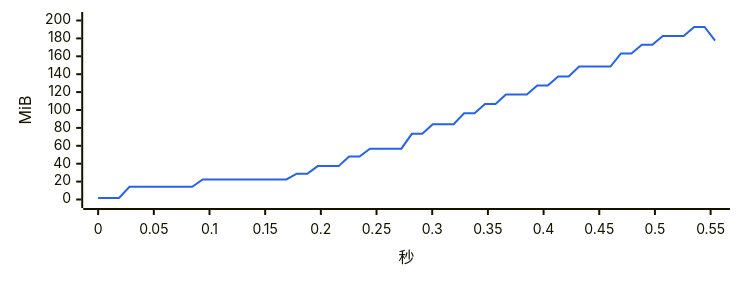
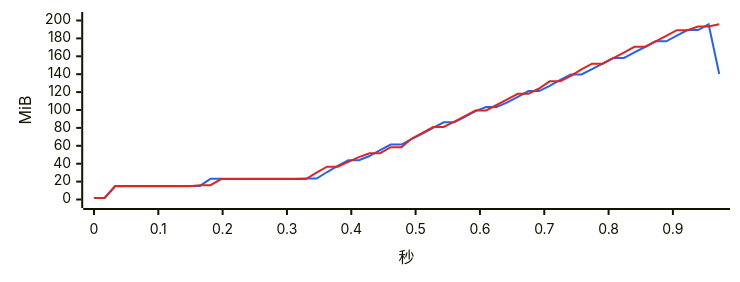
Diagram 13 of 17 in bench/v4.0.0/summary.md (334456777/WeFlow), drawn with Mermaid before and after one commit. The commit also changed other lines of this file and 3 other files, not shown here.

````diff
--- a/bench/v4.0.0/summary.md
+++ b/bench/v4.0.0/summary.md
@@ -409,7 +419,8 @@
 ```mermaid
-%%{init: {"xyChart": {"width": 720, "height": 260}, "themeVariables": {"xyChart": {"plotColorPalette": "#2563eb"}}}}%%
+%%{init: {"xyChart": {"width": 720, "height": 260}, "themeVariables": {"xyChart": {"plotColorPalette": "#2563eb, #dc2626"}}}}%%
 xychart-beta
-    x-axis "秒" 0 --> 0.554
+    x-axis "秒" 0 --> 0.972
     y-axis "MiB" 0 --> 200
-    line [1.8, 1.8, 1.8, 14.3, 14.3, 14.3, 14.3, 14.3, 14.3, 14.3, 22.4, 22.4, 22.4, 22.4, 22.4, 22.4, 22.4, 22.4, 22.4, 28.8, 28.8, 37.3, 37.3, 37.3, 48.1, 48.1, 56.8, 56.8, 56.8, 56.8, 73.4, 73.4, 84.2, 84.2, 84.2, 96.3, 96.3, 106.8, 106.8, 117.4, 117.4, 117.4, 127.3, 127.3, 137.4, 137.4, 148.5, 148.5, 148.5, 148.5, 163.2, 163.2, 172.8, 172.8, 182.6, 182.6, 182.6, 192.8, 192.8, 177.6]
+    line [1.8, 1.8, 15.2, 15.2, 15.2, 15.2, 15.2, 15.2, 15.2, 15.2, 15.2, 23.3, 23.3, 23.3, 23.3, 23.3, 23.3, 23.3, 23.3, 23.3, 23.4, 23.4, 30.7, 37.5, 43.8, 43.8, 48.6, 55.3, 61.4, 61.4, 67.7, 73.6, 79.9, 86.2, 86.2, 92.4, 98.8, 103.3, 103.3, 108.6, 114.7, 121.1, 121.1, 127.0, 133.7, 139.7, 139.7, 145.7, 151.8, 158.2, 158.2, 164.3, 170.4, 176.8, 176.8, 183.1, 189.3, 189.3, 195.7, 140.3]
+    line [1.8, 1.8, 14.7, 14.7, 14.7, 14.7, 14.7, 14.7, 14.7, 14.7, 16.0, 16.0, 22.8, 22.8, 22.8, 22.8, 22.8, 22.8, 22.8, 22.8, 22.8, 30.1, 36.6, 36.6, 42.0, 47.3, 51.7, 51.7, 58.4, 58.4, 68.1, 74.5, 81.0, 81.0, 87.0, 93.1, 99.5, 99.5, 105.6, 112.0, 118.1, 118.1, 124.0, 132.0, 132.0, 138.1, 145.5, 151.7, 151.7, 157.9, 164.2, 170.6, 170.6, 176.7, 182.9, 189.2, 189.2, 193.2, 193.2, 195.7]
 ```
````
